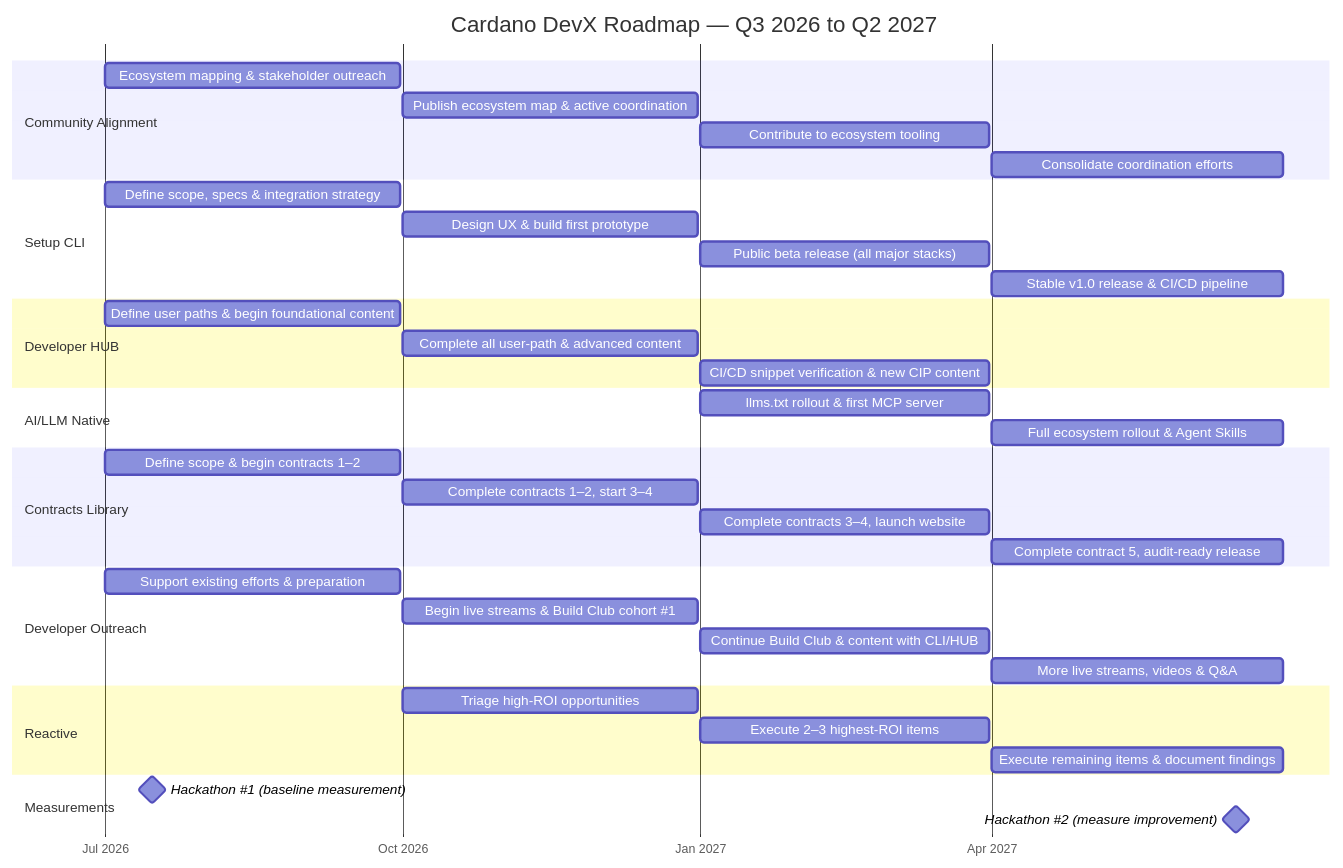
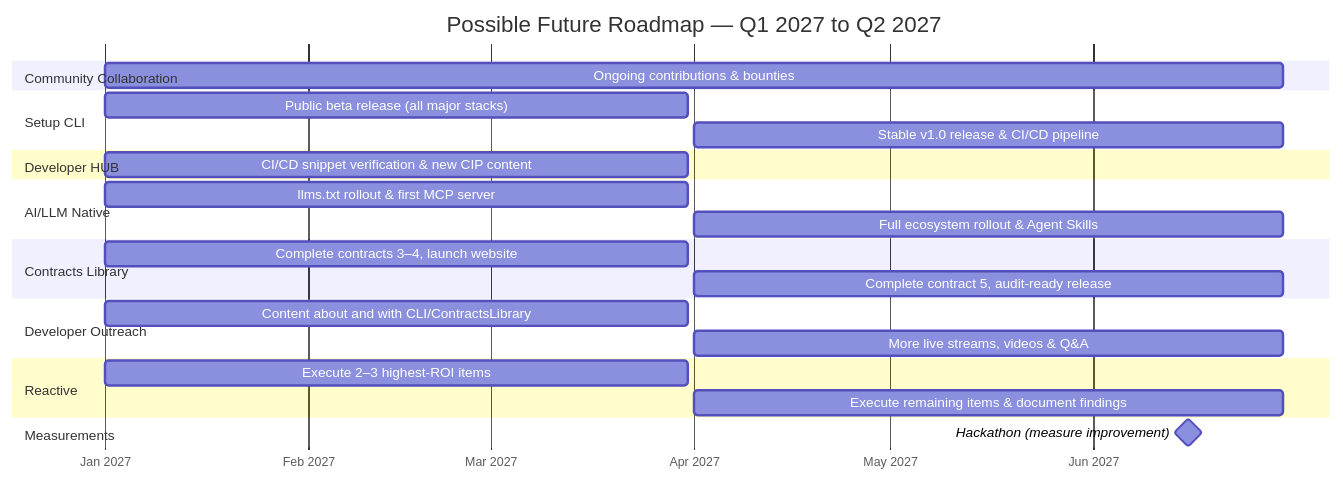
One commit to rober-m/cardano-devx changed the second of 2 diagrams in roadmap.md. Above: the diagram before and after it, drawn with Mermaid. The commit also changed other lines of this file, not shown here.

Commit message:
Split roadmap in two 6-month roadmaps

````diff
--- a/roadmap.md
+++ b/roadmap.md
@@ -28,49 +134,36 @@
 ```mermaid
 gantt
-    title Cardano DevX Roadmap — Q3 2026 to Q2 2027
+    title Possible Future Roadmap — Q1 2027 to Q2 2027
     dateFormat YYYY-MM-DD
     axisFormat %b %Y
-    tickInterval 3month
+    tickInterval 1month
 
-    section Community Alignment
-    Ecosystem mapping & stakeholder outreach     :ca1, 2026-07-01, 2026-09-30
-    Publish ecosystem map & active coordination  :ca2, 2026-10-01, 2026-12-31
-    Contribute to ecosystem tooling              :ca3, 2027-01-01, 2027-03-31
-    Consolidate coordination efforts             :ca4, 2027-04-01, 2027-06-30
+    section Community Collaboration
+    Ongoing contributions & bounties             :cc2, 2027-01-01, 2027-06-30
 
     section Setup CLI
-    Define scope, specs & integration strategy   :sc1, 2026-07-01, 2026-09-30
-    Design UX & build first prototype            :sc2, 2026-10-01, 2026-12-31
     Public beta release (all major stacks)       :sc3, 2027-01-01, 2027-03-31
     Stable v1.0 release & CI/CD pipeline         :sc4, 2027-04-01, 2027-06-30
 
     section Developer HUB
-    Define user paths & begin foundational content :dh1, 2026-07-01, 2026-09-30
-    Complete all user-path & advanced content    :dh2, 2026-10-01, 2026-12-31
     CI/CD snippet verification & new CIP content :dh3, 2027-01-01, 2027-03-31
 
     section AI/LLM Native
     llms.txt rollout & first MCP server          :ai1, 2027-01-01, 2027-03-31
     Full ecosystem rollout & Agent Skills        :ai2, 2027-04-01, 2027-06-30
 
     section Contracts Library
-    Define scope & begin contracts 1–2           :cl1, 2026-07-01, 2026-09-30
-    Complete contracts 1–2, start 3–4            :cl2, 2026-10-01, 2026-12-31
     Complete contracts 3–4, launch website       :cl3, 2027-01-01, 2027-03-31
     Complete contract 5, audit-ready release     :cl4, 2027-04-01, 2027-06-30
 
     section Developer Outreach
-    Support existing efforts & preparation       :do1, 2026-07-01, 2026-09-30
-    Begin live streams & Build Club cohort #1    :do2, 2026-10-01, 2026-12-31
-    Continue Build Club & content with CLI/HUB   :do3, 2027-01-01, 2027-03-31
+    Content about and with CLI/ContractsLibrary            :do3, 2027-01-01, 2027-03-31
     More live streams, videos & Q&A              :do4, 2027-04-01, 2027-06-30
 
     section Reactive
-    Triage high-ROI opportunities                :re1, 2026-10-01, 2026-12-31
     Execute 2–3 highest-ROI items                :re2, 2027-01-01, 2027-03-31
     Execute remaining items & document findings  :re3, 2027-04-01, 2027-06-30
 
     section Measurements
-    Hackathon #1 (baseline measurement)          :milestone, mt1, 2026-07-15, 1d
-    Hackathon #2 (measure improvement)           :milestone, mt2, 2027-06-15, 1d
+    Hackathon (measure improvement)           :milestone, mt2, 2027-06-15, 1d
 ```
````
